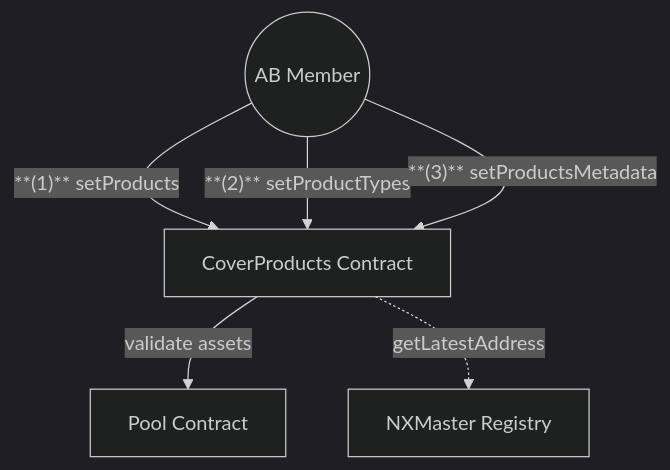
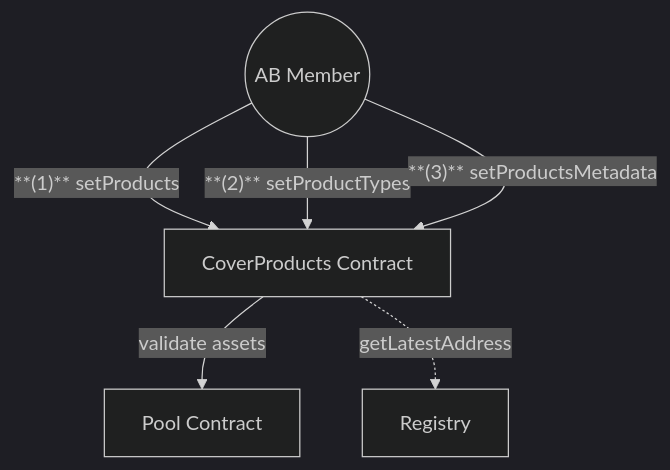
One commit to NexusMutual/docs changed the second of 2 diagrams in docs/developers/Diagrams/Contracts Diagrams/cover.md. Above: the diagram before and after it, drawn with Mermaid (dark theme). The commit also changed other lines of this file and 8 other files, not shown here.

First line of the commit message:
docs: update diagrams and user flows for the current contracts

````diff
--- a/docs/developers/Diagrams/Contracts Diagrams/cover.md
+++ b/docs/developers/Diagrams/Contracts Diagrams/cover.md
@@ -36,19 +36,19 @@
 ```mermaid
 graph TD
     %% Users
     ABMember(("AB Member"))
 
     %% Contracts
     CoverProducts["CoverProducts Contract"]
-    NXMaster["NXMaster Registry"]
+    Registry["Registry"]
     Pool["Pool Contract"]
 
     %% AB Member interactions
     ABMember -->|"**(1)** setProducts"| CoverProducts
     ABMember -->|"**(2)** setProductTypes"| CoverProducts
     ABMember -->|"**(3)** setProductsMetadata"| CoverProducts
 
     %% Internal validations
     CoverProducts -->|"validate assets"| Pool
-    CoverProducts -.->|"getLatestAddress"| NXMaster
+    CoverProducts -.->|"getLatestAddress"| Registry
 ```
````
